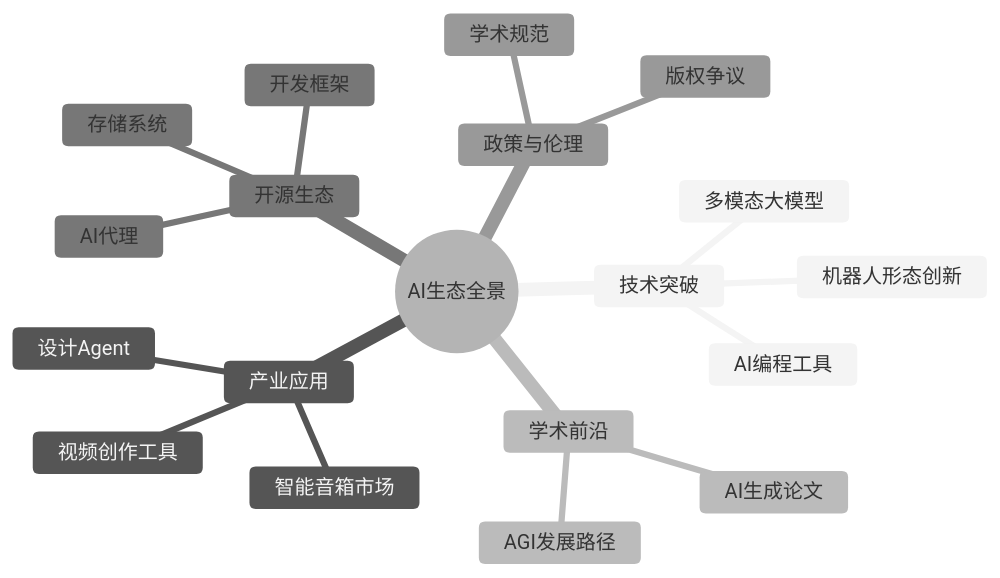
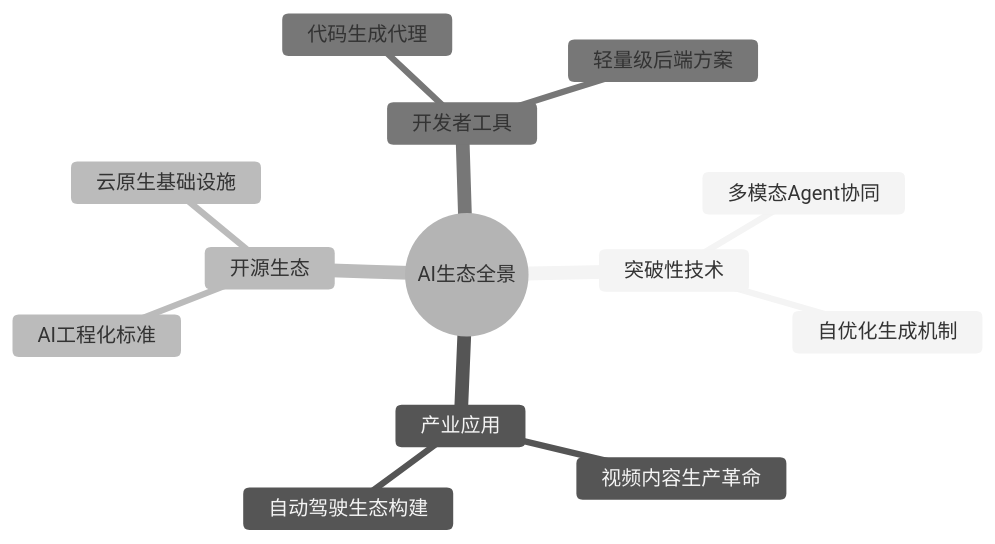
The first of 2 diagrams in daily/2025-07-08.md (WarrenHao/AiDaily), drawn with Mermaid (neutral theme) before and after one commit. The commit also changed other lines of this file, not shown here.

````diff
--- a/daily/2025-07-08.md
+++ b/daily/2025-07-08.md
@@ -9,22 +9,16 @@
 ```mermaid
 mindmap
   root((AI生态全景))
-    技术突破
-      多模态大模型
-      机器人形态创新
-      AI编程工具
+    突破性技术
+      多模态Agent协同
+      自优化生成机制
     产业应用
-      智能音箱市场
-      视频创作工具
-      设计Agent
-    学术前沿
-      AI生成论文
-      AGI发展路径
+      视频内容生产革命
+      自动驾驶生态构建
     开源生态
-      存储系统
-      开发框架
-      AI代理
-    政策与伦理
-      学术规范
-      版权争议
+      AI工程化标准
+      云原生基础设施
+    开发者工具
+      代码生成代理
+      轻量级后端方案
 ```
````
